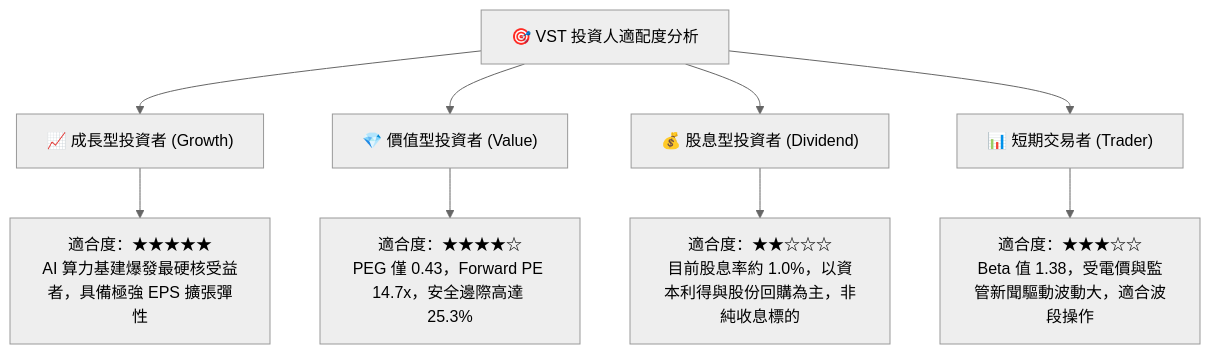
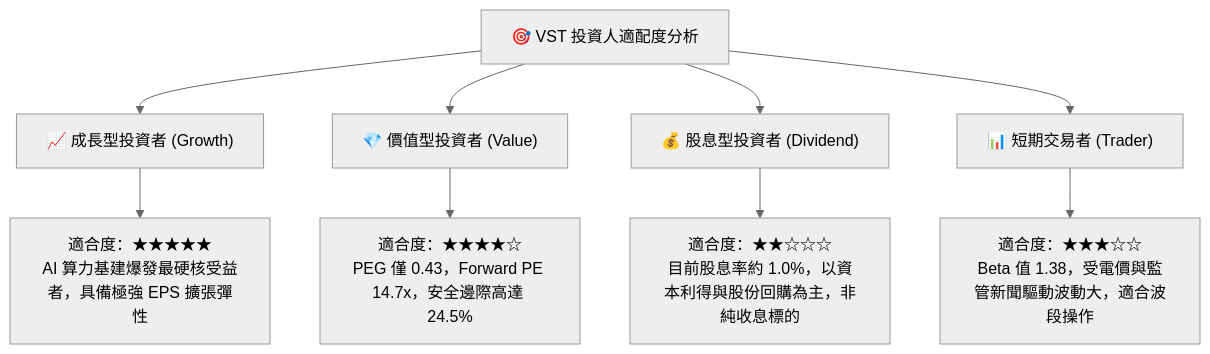
One commit to yennanliu/finance_data changed diagram 15 of 15 in ai_gen_report/fundamental/vst/fundamental_analysis_2026-10-16_gemini.md. Above: the diagram before and after it, drawn with Mermaid (neutral theme). The commit also changed other lines of this file and 339 other files, not shown here.

````diff
--- a/ai_gen_report/fundamental/vst/fundamental_analysis_2026-10-16_gemini.md
+++ b/ai_gen_report/fundamental/vst/fundamental_analysis_2026-10-16_gemini.md
@@ -1056,14 +1071,14 @@
 ```mermaid
 graph TD
     INV["🎯 VST 投資人適配度分析"]
 
     INV --> G["📈 成長型投資者 (Growth)"]
     INV --> V["💎 價值型投資者 (Value)"]
     INV --> D["💰 股息型投資者 (Dividend)"]
     INV --> T["📊 短期交易者 (Trader)"]
 
     G --> G1["適合度：★★★★★<br/>AI 算力基建爆發最硬核受益者，具備極強 EPS 擴張彈性"]
-    V --> V1["適合度：★★★★☆<br/>PEG 僅 0.43，Forward PE 14.7x，安全邊際高達 25.3%"]
+    V --> V1["適合度：★★★★☆<br/>PEG 僅 0.43，Forward PE 14.7x，安全邊際高達 24.5%"]
     D --> D1["適合度：★★☆☆☆<br/>目前股息率約 1.0%，以資本利得與股份回購為主，非純收息標的"]
     T --> T1["適合度：★★★☆☆<br/>Beta 值 1.38，受電價與監管新聞驅動波動大，適合波段操作"]
 ```
````
